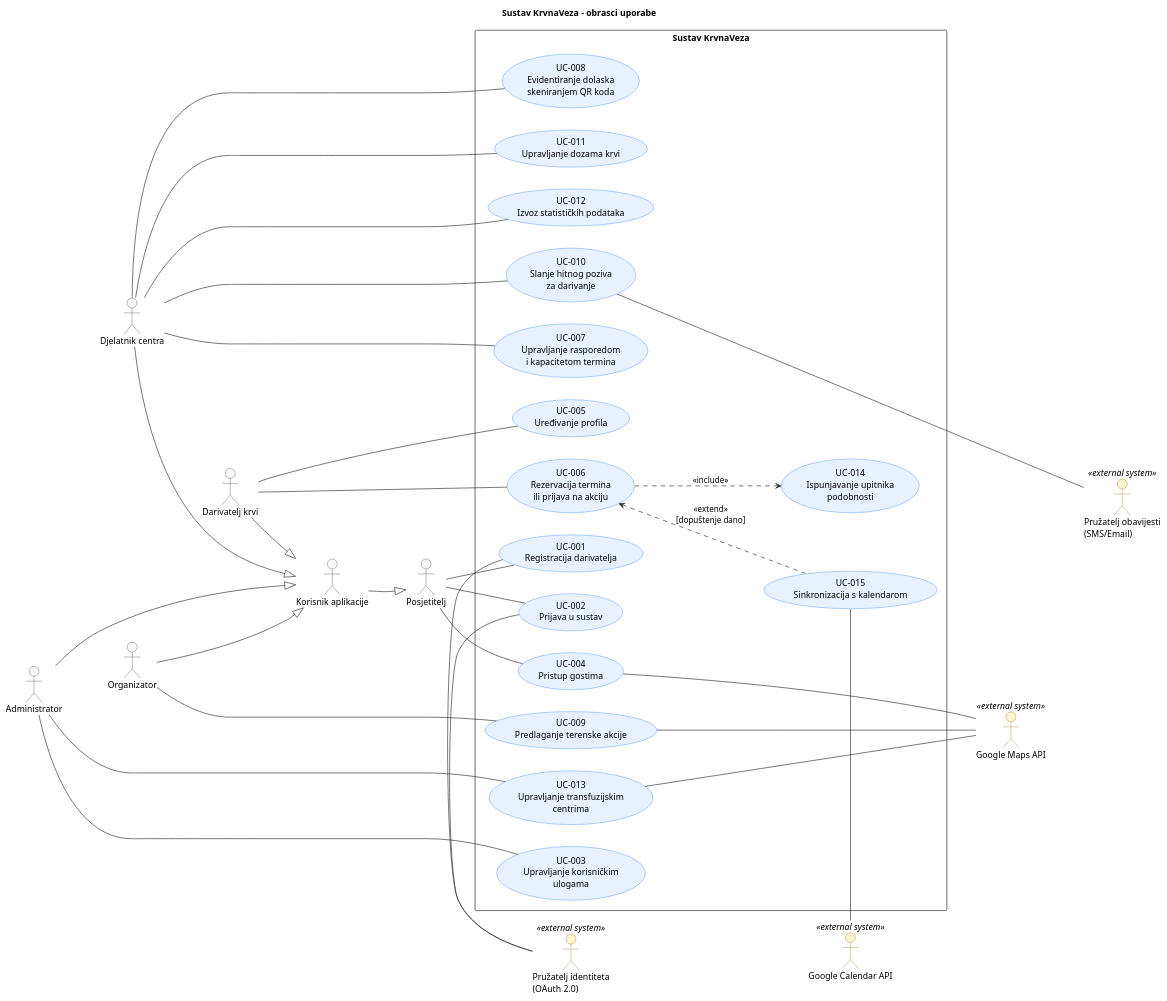
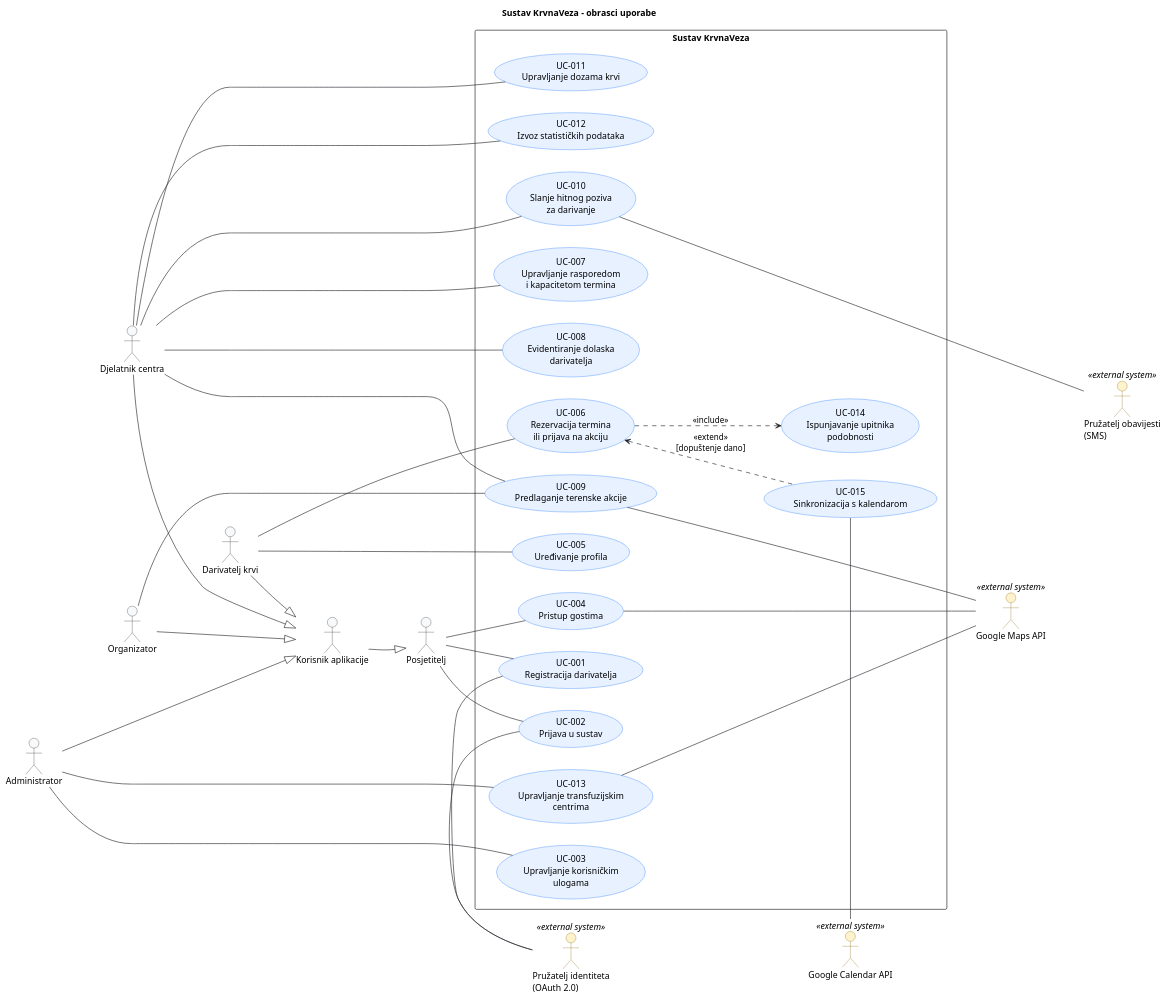
The diagram in docs/puml/3-1-krvnaveza-sustav-UC.puml (Domagoj-Boksic/KrvnaVeza-Ekipa), drawn with PlantUML before and after one commit. The commit also changed 6 other files, not shown here.

```diff
--- a/docs/puml/3-1-krvnaveza-sustav-UC.puml
+++ b/docs/puml/3-1-krvnaveza-sustav-UC.puml
@@ -1,113 +1,104 @@
 @startuml
 title Sustav KrvnaVeza – obrasci uporabe
 left to right direction
 
 skinparam shadowing false
 skinparam defaultFontName Arial
 skinparam ArrowColor #212529
 
 skinparam actor {
     BackgroundColor #F8F9FA
     BorderColor #212529
     BackgroundColor<<external system>> #FFF3CD
     BorderColor<<external system>> #856404
 }
 
 skinparam usecase {
     BackgroundColor #E7F1FF
     BorderColor #0D6EFD
 }
 
-
 actor User as "Korisnik aplikacije"
 actor Visitor as "Posjetitelj"
 actor Donor as "Darivatelj krvi"
 actor Staff as "Djelatnik centra"
 actor Organizer as "Organizator"
 actor Admin as "Administrator"
 
-
 Donor -|> User
 Staff -|> User
 Organizer -|> User
 Admin -|> User
 User -|> Visitor
-
 
 Staff -[hidden]down-> Donor
 Organizer -[hidden]down-> Donor
 Admin -[hidden]down-> Staff
 Donor -[hidden]down-> User
 User -[hidden]down-> Visitor
 
-
 actor "Pružatelj identiteta\n(OAuth 2.0)" as IdP <<external system>>
 actor "Google Calendar API" as Calendar <<external system>>
 actor "Google Maps API" as Maps <<external system>>
-actor "Pružatelj obavijesti\n(SMS/Email)" as Notifications <<external system>>
+actor "Pružatelj obavijesti\n(SMS)" as Notifications <<external system>>
 
 rectangle "Sustav KrvnaVeza" as KrvnaVeza {
 
     (UC-001\nRegistracija darivatelja) as UC_Register
     (UC-002\nPrijava u sustav) as UC_SignIn
     (UC-004\nPristup gostima) as UC_Guest
 
     (UC-005\nUređivanje profila) as UC_Profile
     (UC-006\nRezervacija termina\nili prijava na akciju) as UC_Reserve
     (UC-014\nIspunjavanje upitnika\npodobnosti) as UC_Eligibility
     (UC-015\nSinkronizacija s kalendarom) as UC_Calendar
 
     (UC-007\nUpravljanje rasporedom\ni kapacitetom termina) as UC_Schedule
-    (UC-008\nEvidentiranje dolaska\nskeniranjem QR koda) as UC_CheckIn
+    (UC-008\nEvidentiranje dolaska\ndarivatelja) as UC_CheckIn
     (UC-010\nSlanje hitnog poziva\nza darivanje) as UC_Emergency
-    (UC-011\nUpravljanje dozama krvi) as UC_Stock
+    (UC-011\nUpravljanje dozama krvi) as UC_Doses
     (UC-012\nIzvoz statističkih podataka) as UC_Stats
 
     (UC-009\nPredlaganje terenske akcije) as UC_Propose
 
-
     (UC-003\nUpravljanje korisničkim\nulogama) as UC_Roles
     (UC-013\nUpravljanje transfuzijskim\ncentrima) as UC_Centers
 }
-
 
 Visitor -- UC_Register
 Visitor -- UC_SignIn
 Visitor -- UC_Guest
 
 Donor -- UC_Profile
 Donor -- UC_Reserve
 
 Staff -- UC_Schedule
 Staff -- UC_CheckIn
 Staff -- UC_Emergency
-Staff -- UC_Stock
+Staff -- UC_Doses
 Staff -- UC_Stats
+Staff -- UC_Propose
 
 Organizer -- UC_Propose
-
 
 Admin -- UC_Roles
 Admin -- UC_Centers
 
 UC_Reserve ..> UC_Eligibility : <<include>>
-
-
 UC_Reserve <.. UC_Calendar : <<extend>>\n[dopuštenje dano]
-
 
 UC_Register -right- IdP
 UC_SignIn -right- IdP
 
 UC_Calendar -right- Calendar
 
 UC_Guest -right- Maps
 UC_Propose -right- Maps
 UC_Centers -right- Maps
 
 UC_Emergency -right- Notifications
 
 IdP -[hidden]down-> Calendar
 Calendar -[hidden]down-> Maps
 Maps -[hidden]down-> Notifications
 @enduml
```
